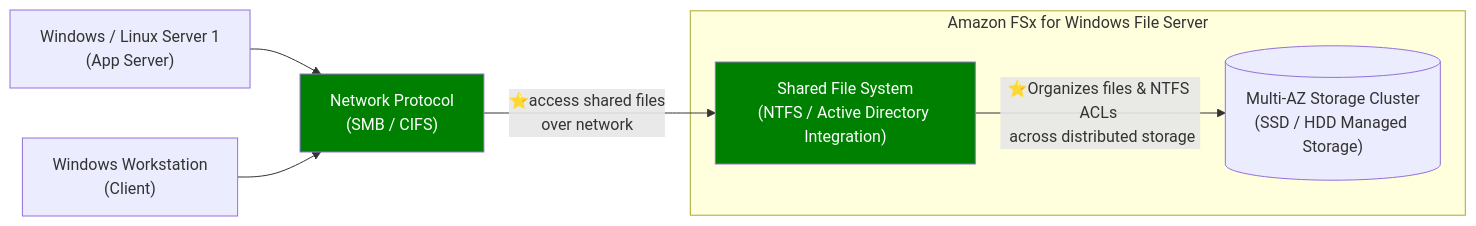
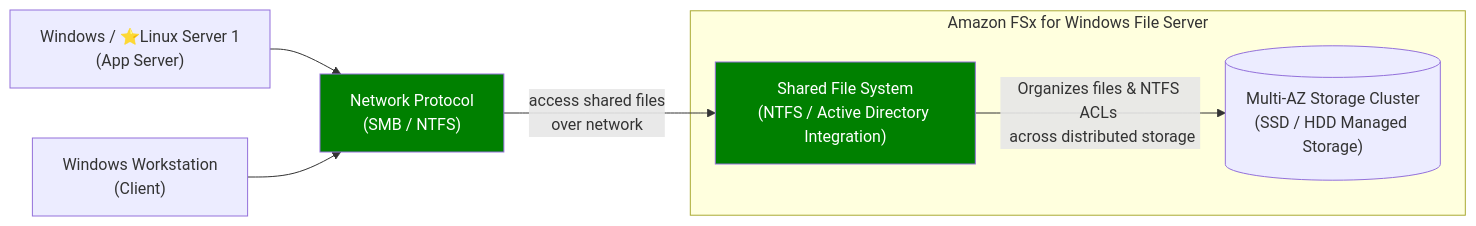
Before and after one commit to lekhrajdinkar/solution-engineer: the second of 4 diagrams in docs/2022-2025/CE_02_AWS_SAA/02_storage/04_FSx.md, drawn with Mermaid. The commit also changed other lines of this file and 1 other file, not shown here.

Commit message:
AWS storage 2 FSx

````diff
--- a/docs/2022-2025/CE_02_AWS_SAA/02_storage/04_FSx.md
+++ b/docs/2022-2025/CE_02_AWS_SAA/02_storage/04_FSx.md
@@ -73,20 +65,20 @@
 ```mermaid
 flowchart LR
-    app1["Windows / Linux Server 1\n(App Server)"]
+    app1["Windows / ⭐Linux Server 1\n(App Server)"]
     app2["Windows Workstation\n(Client)"]
     
-    Protocols["Network Protocol\n(SMB / CIFS)"]
+    Protocols["Network Protocol\n(SMB / NTFS)"]
     
     subgraph Storage_Host ["Amazon FSx for Windows File Server"]
         ManagedFS["Shared File System\n(NTFS / Active Directory Integration)"]
         Hardware[("Multi-AZ Storage Cluster\n(SSD / HDD Managed Storage)")]
     end
 
     app1 --> Protocols
     app2 --> Protocols
-    Protocols -->|⭐access shared files \n over network| ManagedFS
-    ManagedFS -->|⭐Organizes files & NTFS ACLs \n across distributed storage| Hardware
+    Protocols -->|access shared files \n over network| ManagedFS
+    ManagedFS -->|Organizes files & NTFS ACLs \n across distributed storage| Hardware
     
     style Protocols fill:green,color:white
     style ManagedFS fill:green,color:white
 ```
````
